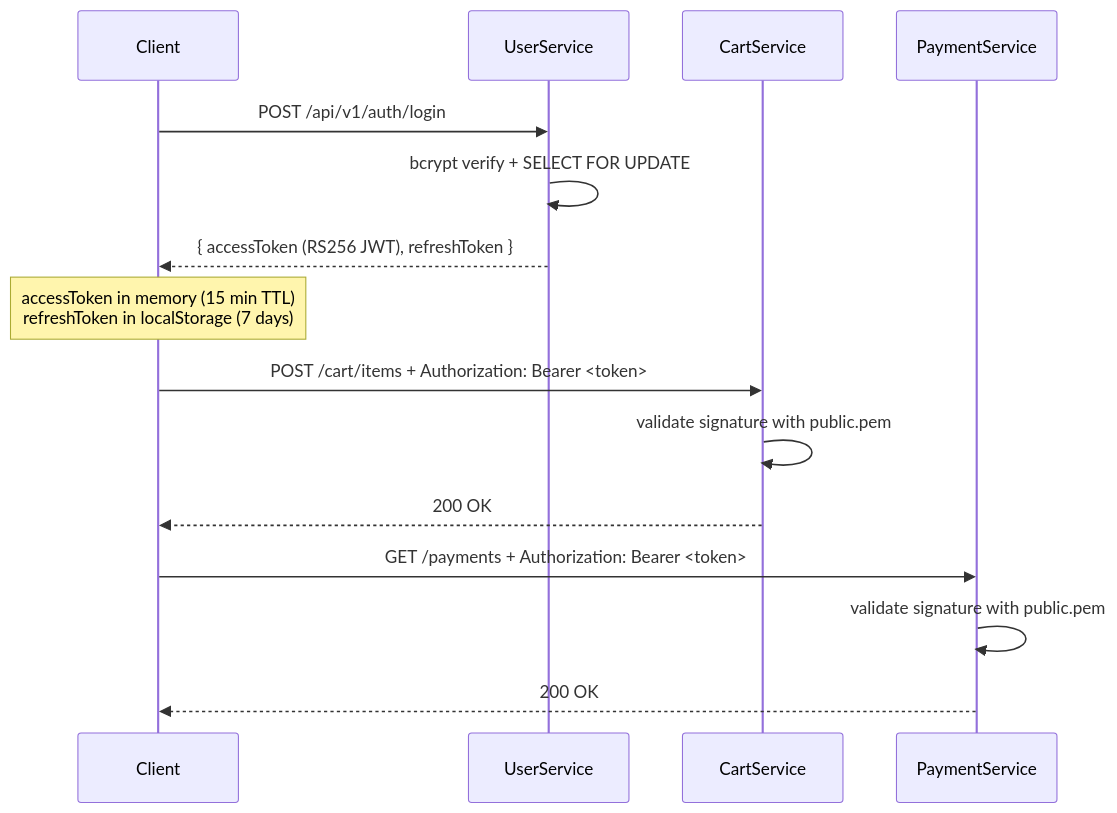
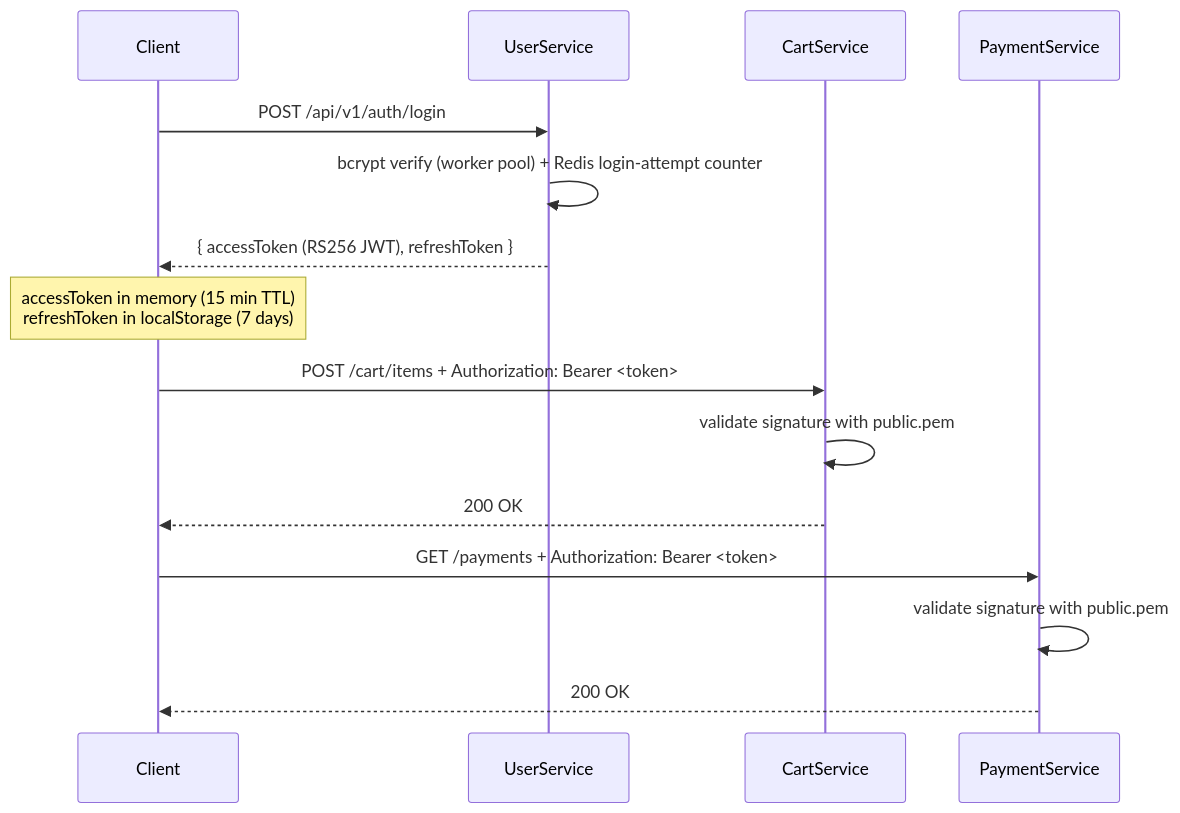
Before and after one commit to hungCS22hcmiu/ecommerce-system: the fifth of 6 diagrams in docs/technical/service_integration.md, drawn with Mermaid. The commit also changed other lines of this file and 18 other files, not shown here.

````diff
--- a/docs/technical/service_integration.md
+++ b/docs/technical/service_integration.md
@@ -300,21 +355,21 @@
 ```mermaid
 sequenceDiagram
     participant Client
     participant UserService
     participant CartService
     participant PaymentService
 
     Client->>UserService: POST /api/v1/auth/login
-    UserService->>UserService: bcrypt verify + SELECT FOR UPDATE
+    UserService->>UserService: bcrypt verify (worker pool) + Redis login-attempt counter
     UserService-->>Client: { accessToken (RS256 JWT), refreshToken }
 
     Note over Client: accessToken in memory (15 min TTL)<br/>refreshToken in localStorage (7 days)
 
     Client->>CartService: POST /cart/items + Authorization: Bearer <token>
     CartService->>CartService: validate signature with public.pem
     CartService-->>Client: 200 OK
 
     Client->>PaymentService: GET /payments + Authorization: Bearer <token>
     PaymentService->>PaymentService: validate signature with public.pem
     PaymentService-->>Client: 200 OK
 ```
````
